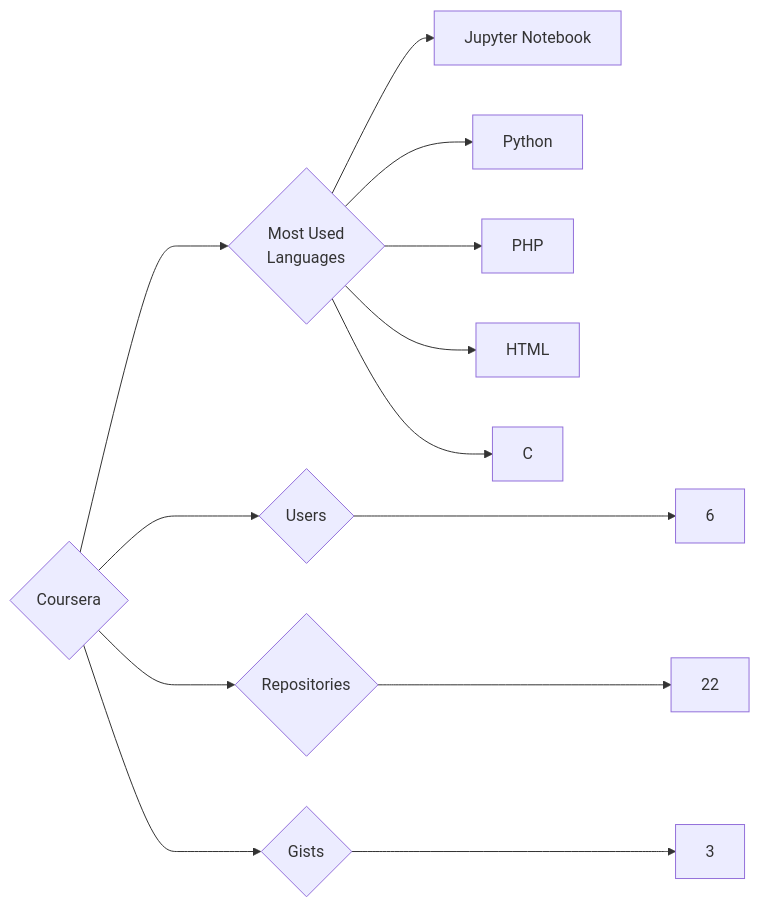
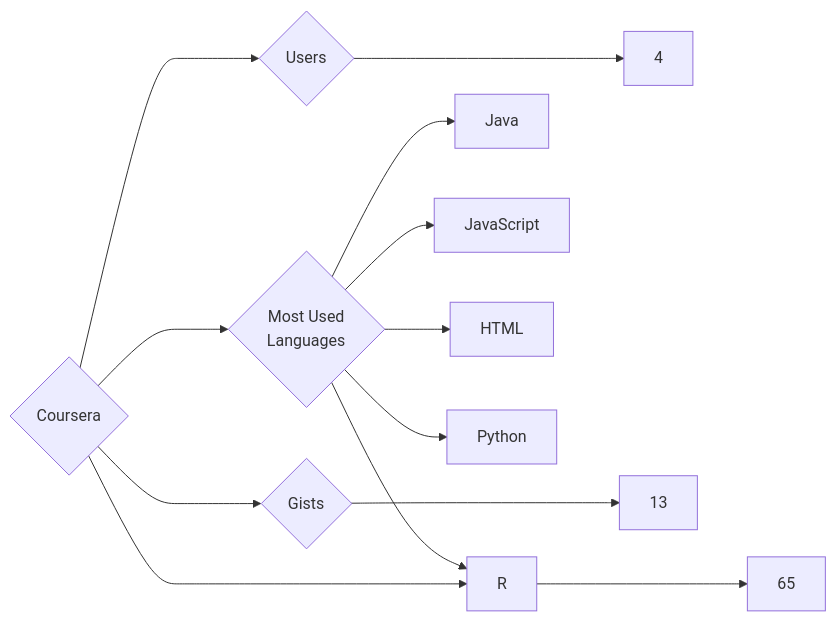
One commit to trickest/insiders changed the diagram in targets/Coursera/README.md. Above: the diagram before and after it, drawn with Mermaid. The commit also changed 953 other files, not shown here.

````diff
--- a/targets/Coursera/README.md
+++ b/targets/Coursera/README.md
@@ -3,13 +3,13 @@
 ```mermaid
 graph LR
 COMPANY_NAME{Coursera}
-COMPANY_NAME ---> U{Users} ---> UN[6]
-COMPANY_NAME ---> R{Repositories} ---> RN[22]
-COMPANY_NAME ---> G{Gists} ---> GN[3]
+COMPANY_NAME ---> U{Users} ---> UN[4]
+COMPANY_NAME ---> R{Repositories} ---> RN[65]
+COMPANY_NAME ---> G{Gists} ---> GN[13]
 COMPANY_NAME ---> ML{Most Used<br>Languages}
-ML --> Jupyter_Notebook[Jupyter Notebook]
+ML --> Java[Java]
+ML --> JavaScript[JavaScript]
+ML --> HTML[HTML]
+ML --> R[R]
 ML --> Python[Python]
-ML --> PHP[PHP]
-ML --> HTML[HTML]
-ML --> C[C]
 ```
````
